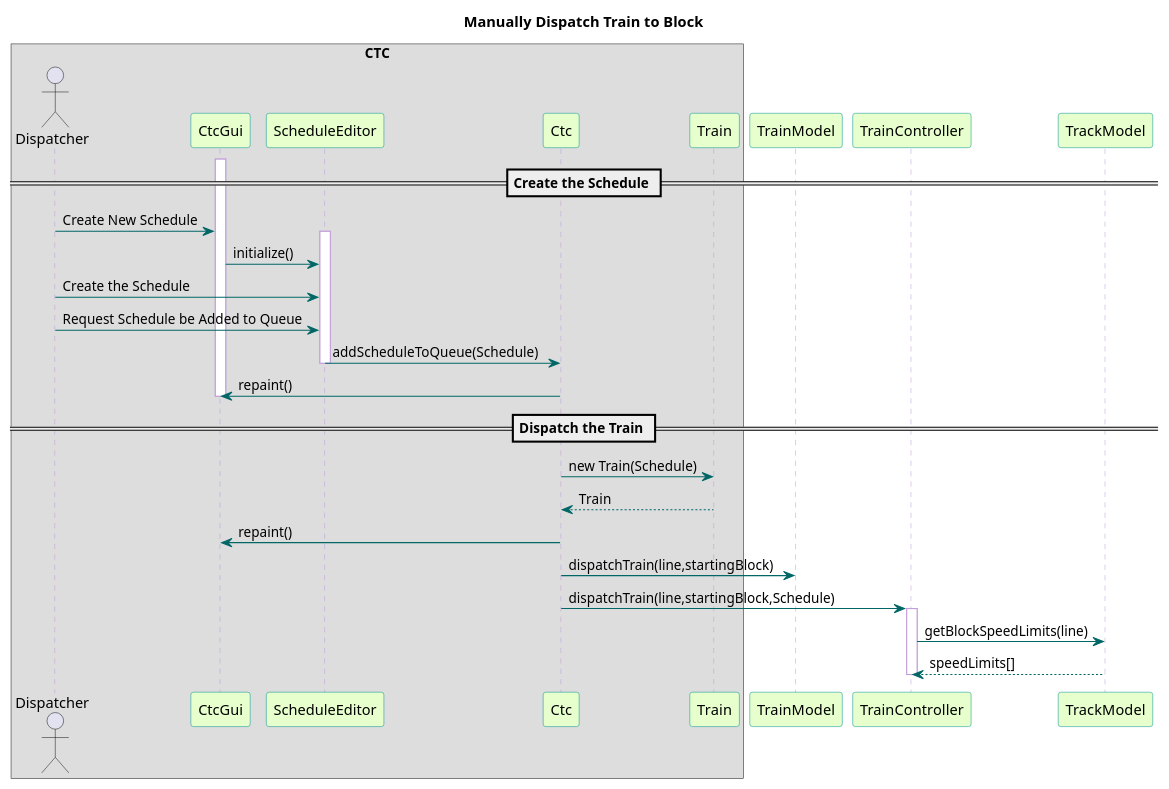
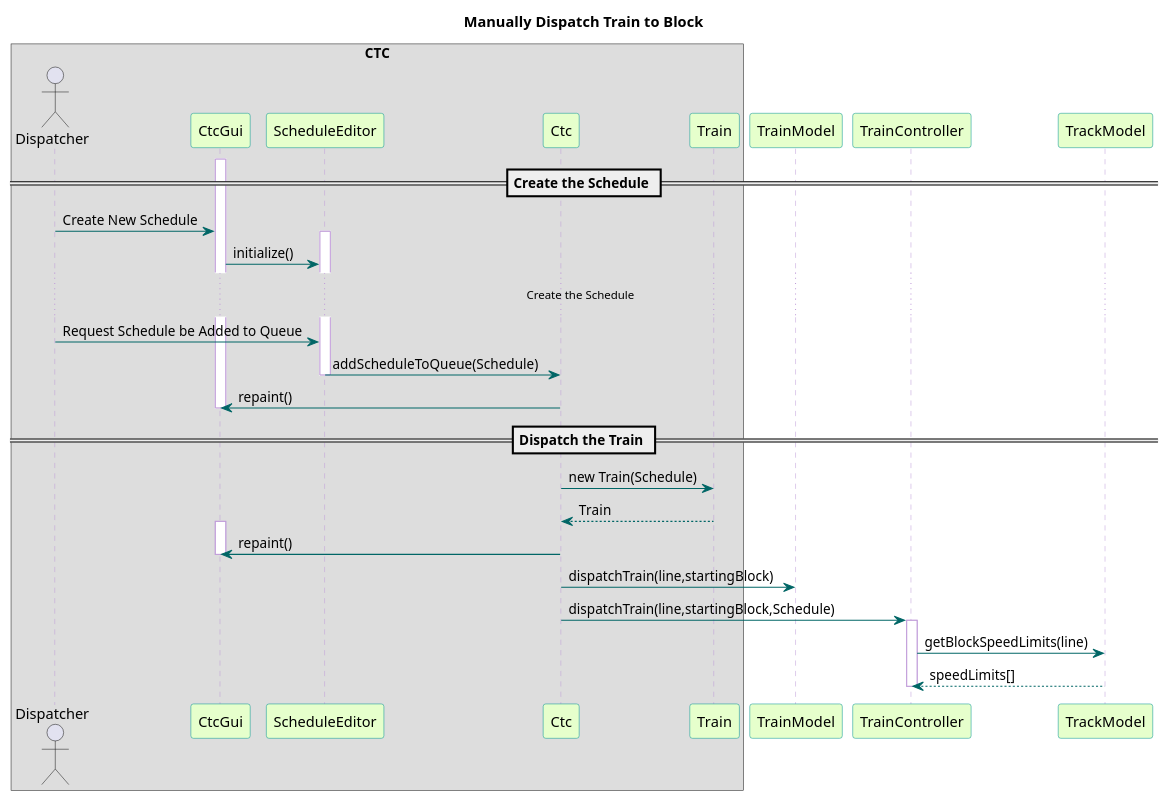
Before and after one commit to kevingilboy/COE1186: the diagram in TrainSystem/yUML/Sequence Diagrams/Ctc/CtcDispatchTrain.pu, drawn with PlantUML.

```diff
--- a/TrainSystem/yUML/Sequence Diagrams/Ctc/CtcDispatchTrain.pu
+++ b/TrainSystem/yUML/Sequence Diagrams/Ctc/CtcDispatchTrain.pu
@@ -1,49 +1,51 @@
 @startuml
 
 title Manually Dispatch Train to Block
 
 skinparam sequence {
   BackgroundColor transparent
   ParticipantBackgroundColor #e6ffcc
   ParticipantBorderColor 	#049595
   PackageBorderCOlor  #049595
   ArrowColor #006666
   LifeLineBorderColor #c09cd9
 }
 box "CTC"
 actor Dispatcher
 participant CtcGui
 participant ScheduleEditor
 participant Ctc
 participant Train
 end box
 
 participant TrainModel
 participant TrainController
 participant TrackModel
 
 == Create the Schedule ==
 activate CtcGui
 Dispatcher -> CtcGui : Create New Schedule
 activate ScheduleEditor
 CtcGui -> ScheduleEditor : initialize()
-Dispatcher -> ScheduleEditor : Create the Schedule
+...Create the Schedule...
 Dispatcher -> ScheduleEditor : Request Schedule be Added to Queue
 ScheduleEditor -> Ctc : addScheduleToQueue(Schedule)
 deactivate ScheduleEditor
 Ctc -> CtcGui : repaint()
 deactivate CtcGui
 == Dispatch the Train ==
 Ctc -> Train : new Train(Schedule)
 Train --> Ctc : Train
+activate CtcGui
 Ctc -> CtcGui : repaint()
+deactivate CtcGui
 
 Ctc -> TrainModel : dispatchTrain(line,startingBlock)
 Ctc -> TrainController : dispatchTrain(line,startingBlock,Schedule)
 
 activate TrainController
 TrainController -> TrackModel : getBlockSpeedLimits(line)
 TrackModel --> TrainController : speedLimits[]
 deactivate TrainController
 
 @enduml
```
